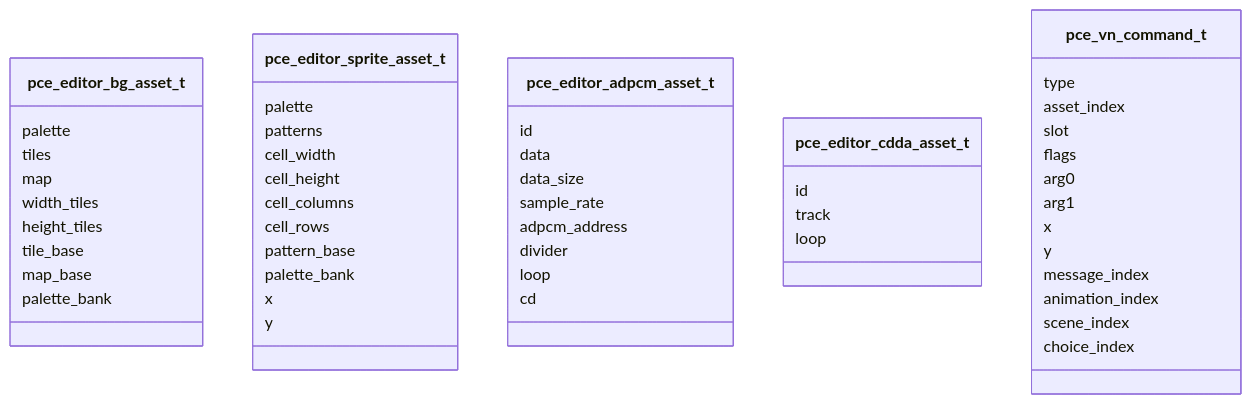
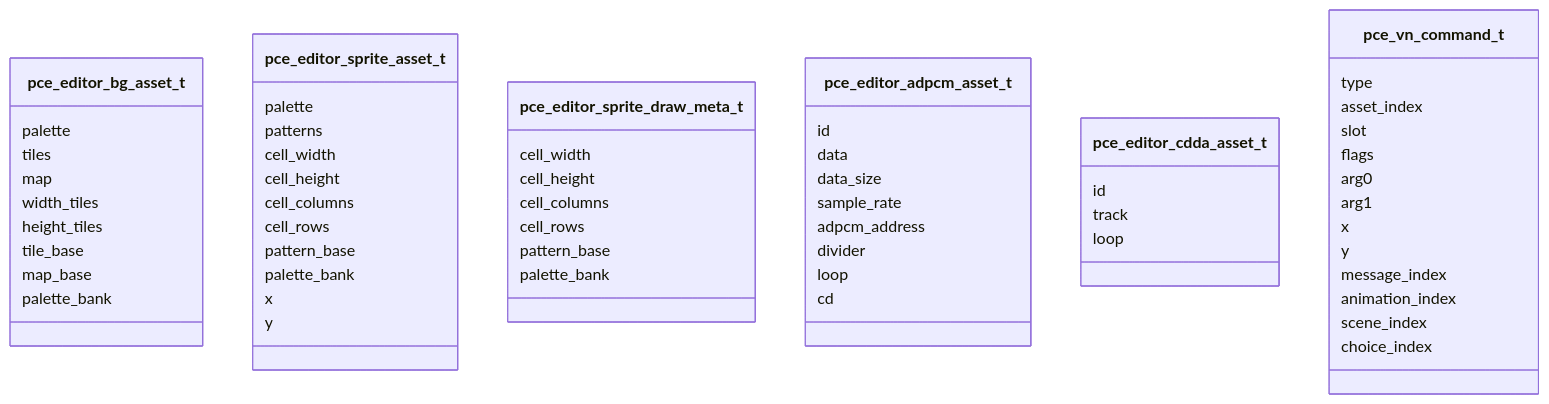
The second of 6 diagrams in docs/pce-media-programming-guide.md (HOSSIE-JP/pce-game-editor), drawn with Mermaid before and after one commit. The commit also changed other lines of this file and 20 other files, not shown here.

````diff
--- a/docs/pce-media-programming-guide.md
+++ b/docs/pce-media-programming-guide.md
@@ -408,54 +436,62 @@
 ```mermaid
 classDiagram
   class pce_editor_bg_asset_t {
     palette
     tiles
     map
     width_tiles
     height_tiles
     tile_base
     map_base
     palette_bank
   }
   class pce_editor_sprite_asset_t {
     palette
     patterns
     cell_width
     cell_height
     cell_columns
     cell_rows
     pattern_base
     palette_bank
     x
     y
+  }
+  class pce_editor_sprite_draw_meta_t {
+    cell_width
+    cell_height
+    cell_columns
+    cell_rows
+    pattern_base
+    palette_bank
   }
   class pce_editor_adpcm_asset_t {
     id
     data
     data_size
     sample_rate
     adpcm_address
     divider
     loop
     cd
   }
   class pce_editor_cdda_asset_t {
     id
     track
     loop
   }
   class pce_vn_command_t {
     type
     asset_index
     slot
     flags
     arg0
     arg1
     x
     y
     message_index
     animation_index
     scene_index
     choice_index
   }
 ```
````
